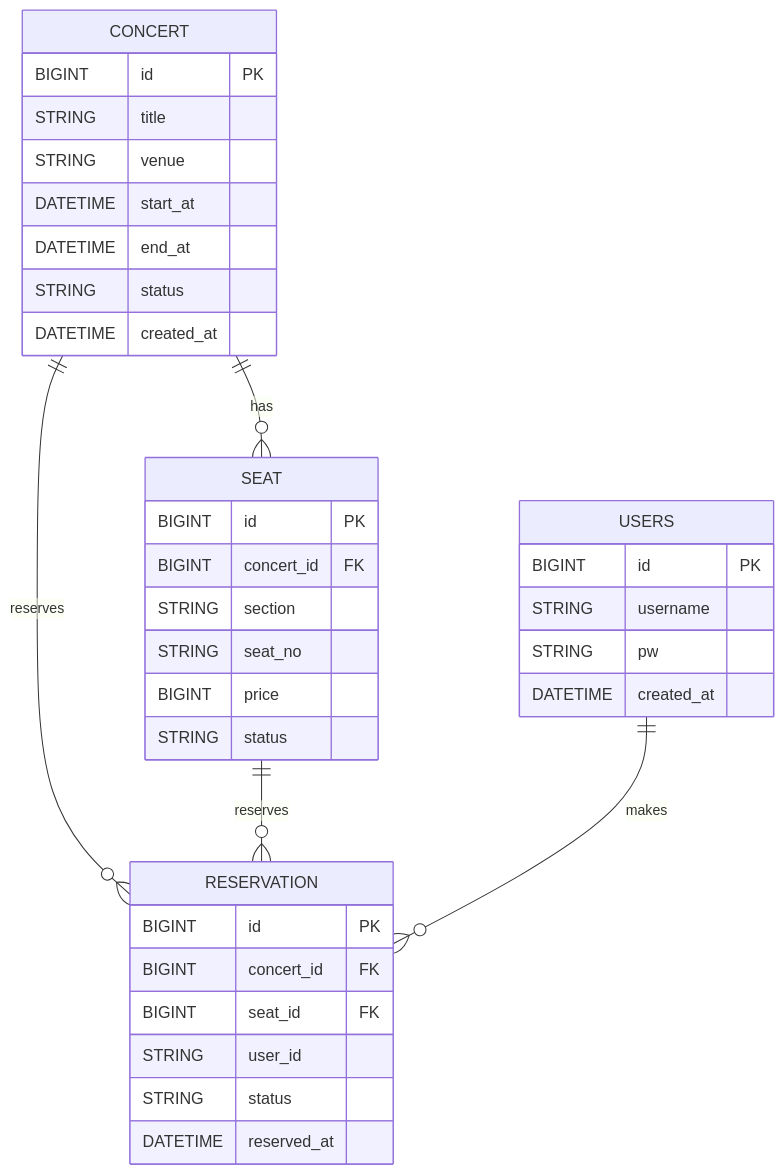
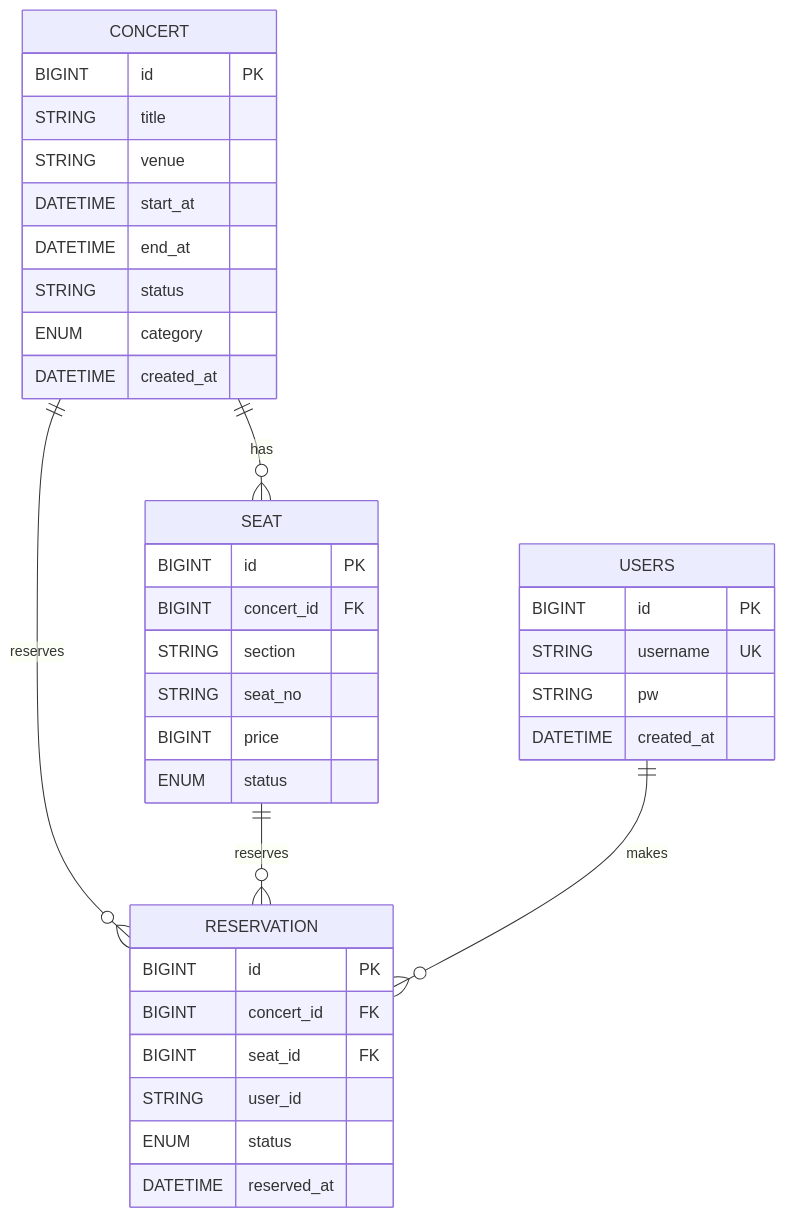
One commit to kiy3035/Ticketing changed the eighth of 8 diagrams in docs/architecture.md. Above: the diagram before and after it, drawn with Mermaid. The commit also changed other lines of this file and 24 other files, not shown here.

````diff
--- a/docs/architecture.md
+++ b/docs/architecture.md
@@ -73,39 +509,43 @@
 ```mermaid
 erDiagram
     CONCERT ||--o{ SEAT : has
     CONCERT ||--o{ RESERVATION : reserves
     SEAT ||--o{ RESERVATION : reserves
     USERS ||--o{ RESERVATION : makes
 
     CONCERT {
         BIGINT id PK
         STRING title
         STRING venue
         DATETIME start_at
         DATETIME end_at
         STRING status
+        ENUM category
         DATETIME created_at
     }
+    
     SEAT {
         BIGINT id PK
         BIGINT concert_id FK
         STRING section
         STRING seat_no
         BIGINT price
-        STRING status
+        ENUM status
     }
+    
     RESERVATION {
         BIGINT id PK
         BIGINT concert_id FK
         BIGINT seat_id FK
         STRING user_id
-        STRING status
+        ENUM status
         DATETIME reserved_at
     }
+    
     USERS {
         BIGINT id PK
-        STRING username
+        STRING username UK
         STRING pw
         DATETIME created_at
     }
 ```
````
